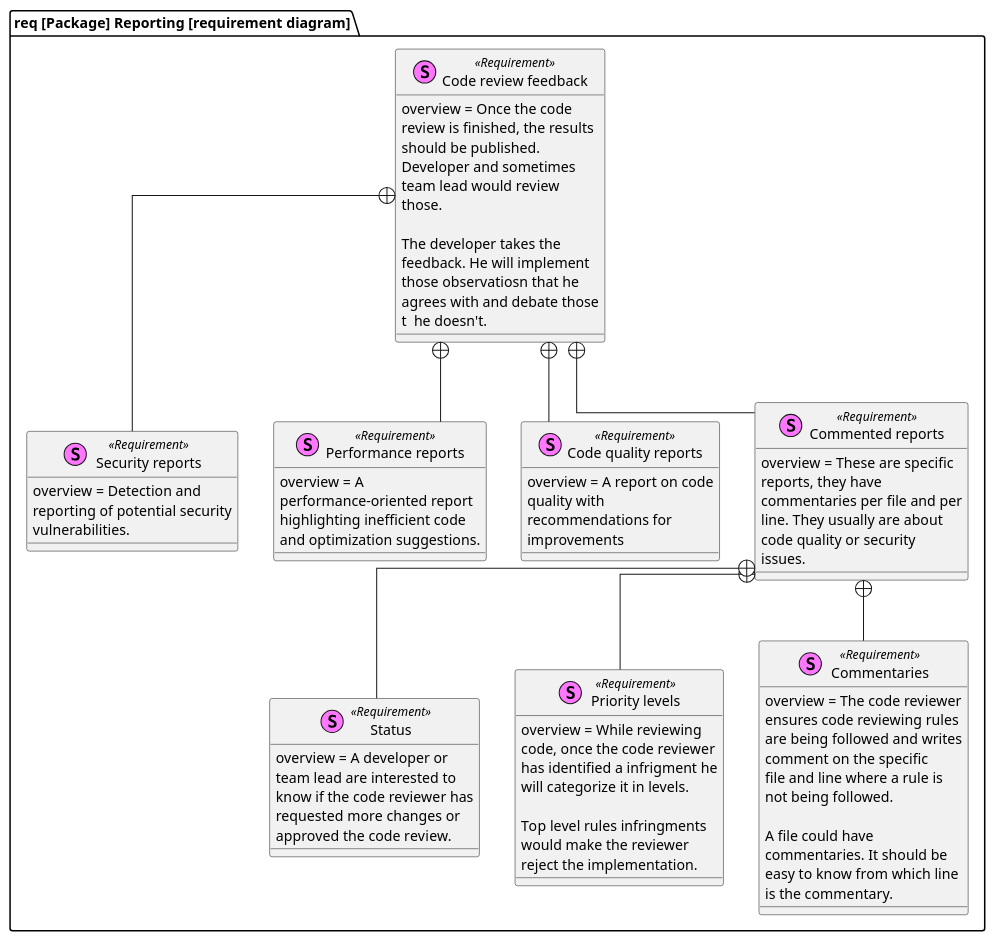
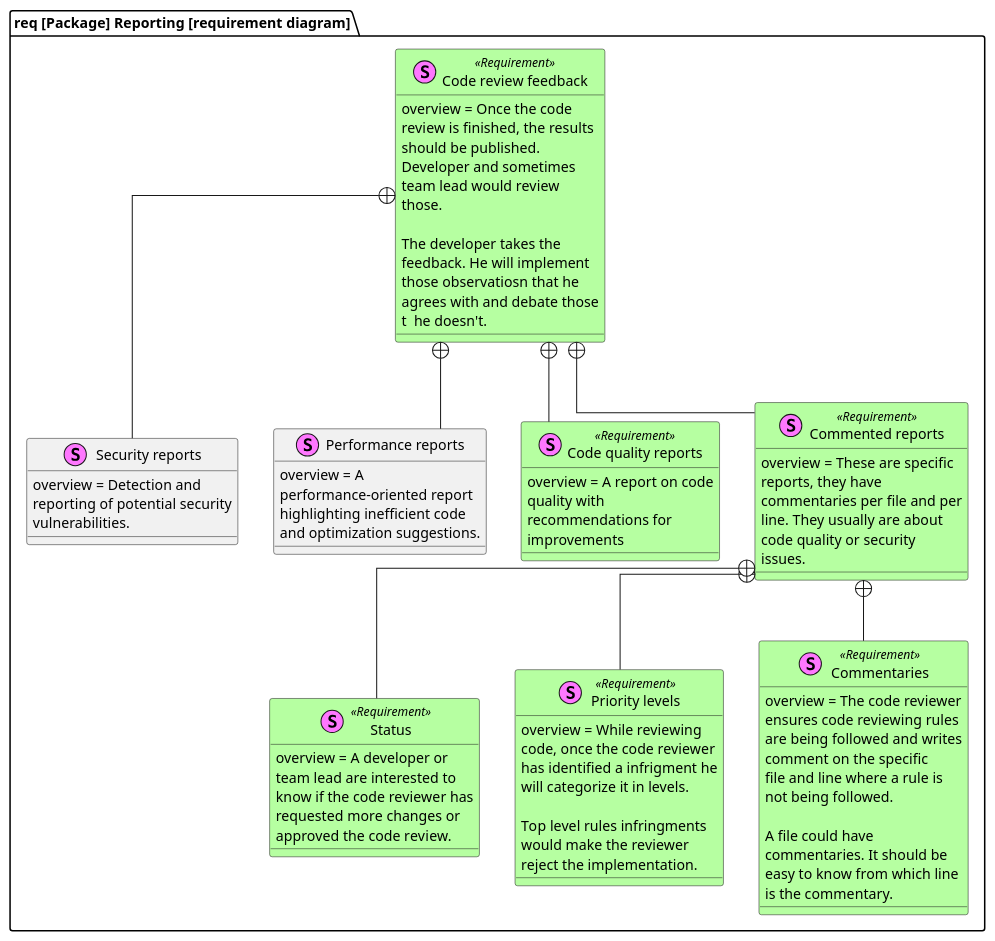
Before and after one commit to SoftDevSix/system-design: the diagram in requirement-diagram/reporting.puml, drawn with PlantUML. The commit also changed 4 other files, not shown here.

```diff
--- a/requirement-diagram/reporting.puml
+++ b/requirement-diagram/reporting.puml
@@ -1,57 +1,60 @@
 @startuml
 skinparam wrapwidth 200
 skinparam linetype ortho
+skinparam class {
+    BackgroundColor<<Requirement>> #B6FFA1
+}
 
 package "req [Package] Reporting [requirement diagram]" {
 
     stereotype "Status" as status <<Requirement>> {
         overview = A developer or team lead are interested to know if the code reviewer has requested more changes or
         approved the code review.
     }
 
     stereotype "Priority levels" as levels <<Requirement>> {
         overview = While reviewing code, once the code reviewer has identified a infrigment he will categorize it in levels.
 
         Top level rules infringments would make the reviewer reject the implementation.
     }
 
     stereotype "Commentaries" as commentaries <<Requirement>> {
         overview = The code reviewer ensures code reviewing rules are being followed and writes comment on the specific
         file and line where a rule is not being followed.
 
         A file could have commentaries. It should be easy to know from which line is the commentary.
 
         'CS-005 [SP-0] : As a developer I want to have comments on my PR
     }
 
-    stereotype "Security reports" as security <<Requirement>> {
+    stereotype "Security reports" as security {
         overview = Detection and reporting of potential security vulnerabilities.
     }
 
-    stereotype "Performance reports" as performance <<Requirement>> {
+    stereotype "Performance reports" as performance {
         overview = A performance-oriented report highlighting inefficient code and optimization suggestions.
     }
 
     stereotype "Code quality reports" as code_quality <<Requirement>> {
         overview = A report on code quality with recommendations for improvements
     }
 
     stereotype "Commented reports" as commented_reports <<Requirement>> {
             overview = These are specific reports, they have commentaries per file and per line. They usually are about code quality or security issues.
     }
     commented_reports +-- commentaries
     commented_reports +-- levels
     commented_reports +-- status
 
     stereotype "Code review feedback" as feedback <<Requirement>> {
         overview = Once the code review is finished, the results should be published. Developer and sometimes team lead would review those.
 
         The developer takes the feedback. He will implement those observatiosn that he agrees with and debate those t  he doesn't.
     }
     feedback +-- performance
     feedback +-- commented_reports
     feedback +-- code_quality
     feedback +-- security
 
 }
 @enduml
```
